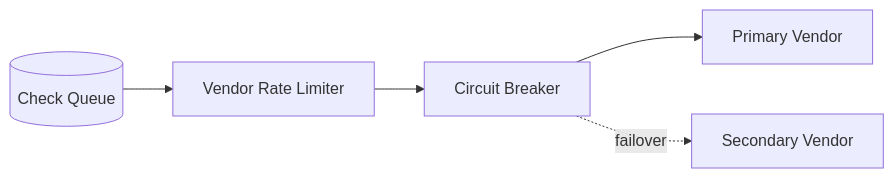
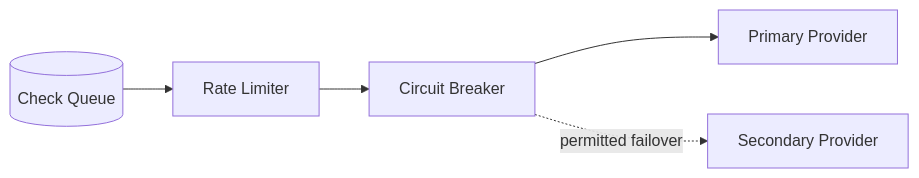
One commit to AvadhBhalodiya/Interview-Preparation changed the ninth of 9 diagrams in src/content/system-design/kyc-pipeline.md. Above: the diagram before and after it, drawn with Mermaid. The commit also changed other lines of this file and 54 other files, not shown here.

````diff
--- a/src/content/system-design/kyc-pipeline.md
+++ b/src/content/system-design/kyc-pipeline.md
@@ -1658,7 +723,7 @@
 ```mermaid
 flowchart LR
-    QUEUE[(Check Queue)] --> LIMIT[Vendor Rate Limiter]
-    LIMIT --> CB[Circuit Breaker]
-    CB --> PRIMARY[Primary Vendor]
-    CB -. failover .-> SECONDARY[Secondary Vendor]
+    Q[(Check Queue)] --> RL[Rate Limiter]
+    RL --> CB[Circuit Breaker]
+    CB --> P[Primary Provider]
+    CB -. permitted failover .-> S[Secondary Provider]
 ```
````
